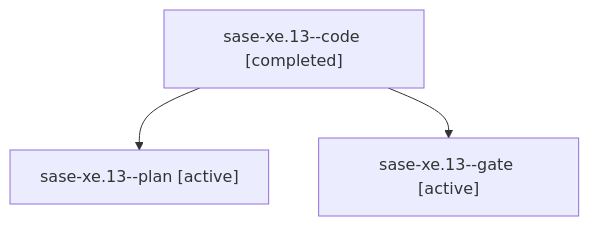
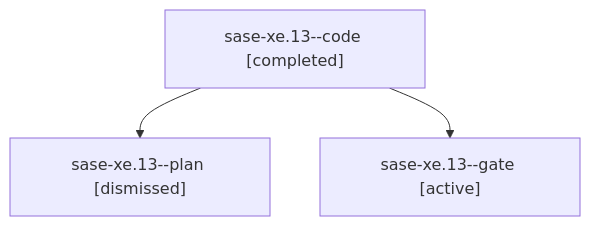
Before and after one commit to sase-org/sase--agents: the diagram in sessions/bbugyi200.athena.sase-xe.13.md, drawn with Mermaid. The commit also changed other lines of this file and 277 other files, not shown here.

````diff
--- a/sessions/bbugyi200.athena.sase-xe.13.md
+++ b/sessions/bbugyi200.athena.sase-xe.13.md
@@ -9,8 +9,8 @@
 ```mermaid
 flowchart TD
   n0["sase-xe.13--code [completed]"]
-  n1["sase-xe.13--plan [active]"]
+  n1["sase-xe.13--plan [dismissed]"]
   n0 --> n1
   n2["sase-xe.13--gate [active]"]
   n0 --> n2
 ```
````
